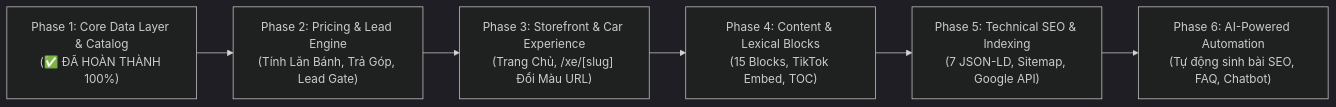
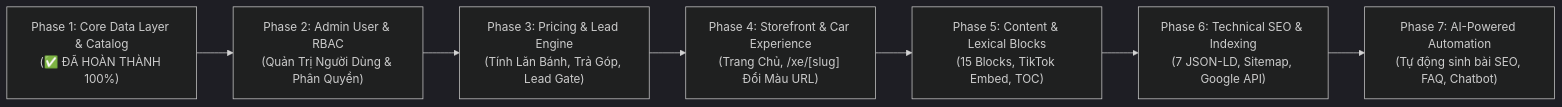
The diagram in docs/06-PHASED-IMPLEMENTATION-ROADMAP.md (accountcx/cardealer), drawn with Mermaid (dark theme) before and after one commit. The commit also changed other lines of this file and 3 other files, not shown here.

Commit message:
add phase implement manager user and update readme

````diff
--- a/docs/06-PHASED-IMPLEMENTATION-ROADMAP.md
+++ b/docs/06-PHASED-IMPLEMENTATION-ROADMAP.md
@@ -10,8 +10,9 @@
 ```mermaid
 graph LR
-    P1["Phase 1: Core Data Layer & Catalog<br/>(✅ ĐÃ HOÀN THÀNH 100%)"] --> P2["Phase 2: Pricing & Lead Engine<br/>(Tính Lăn Bánh, Trả Góp, Lead Gate)"]
-    P2 --> P3["Phase 3: Storefront & Car Experience<br/>(Trang Chủ, /xe/[slug] Đổi Màu URL)"]
-    P3 --> P4["Phase 4: Content & Lexical Blocks<br/>(15 Blocks, TikTok Embed, TOC)"]
-    P4 --> P5["Phase 5: Technical SEO & Indexing<br/>(7 JSON-LD, Sitemap, Google API)"]
-    P5 --> P6["Phase 6: AI-Powered Automation<br/>(Tự động sinh bài SEO, FAQ, Chatbot)"]
+    P1["Phase 1: Core Data Layer & Catalog<br/>(✅ ĐÃ HOÀN THÀNH 100%)"] --> P2["Phase 2: Admin User & RBAC<br/>(Quản Trị Người Dùng & Phân Quyền)"]
+    P2 --> P3["Phase 3: Pricing & Lead Engine<br/>(Tính Lăn Bánh, Trả Góp, Lead Gate)"]
+    P3 --> P4["Phase 4: Storefront & Car Experience<br/>(Trang Chủ, /xe/[slug] Đổi Màu URL)"]
+    P4 --> P5["Phase 5: Content & Lexical Blocks<br/>(15 Blocks, TikTok Embed, TOC)"]
+    P5 --> P6["Phase 6: Technical SEO & Indexing<br/>(7 JSON-LD, Sitemap, Google API)"]
+    P6 --> P7["Phase 7: AI-Powered Automation<br/>(Tự động sinh bài SEO, FAQ, Chatbot)"]
 ```
````
